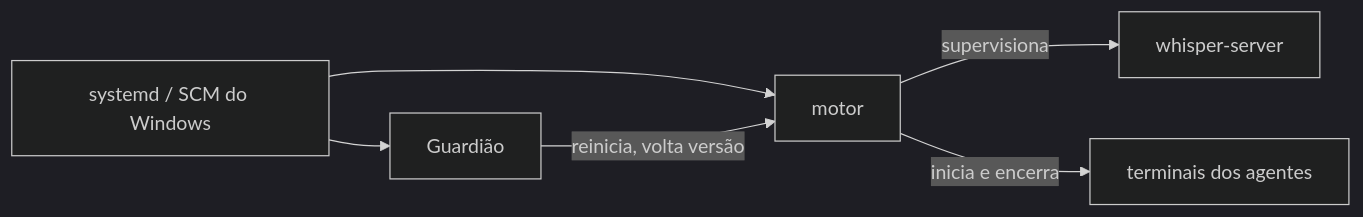
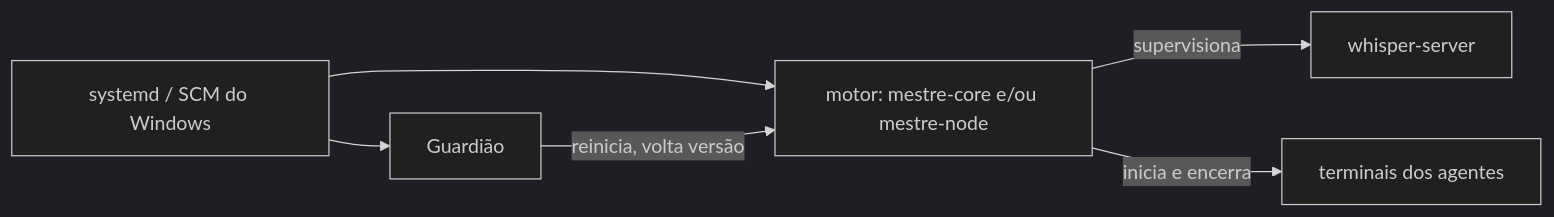
One commit to lucasndas/mestre changed the diagram in docs/arquitetura/componentes.md. Above: the diagram before and after it, drawn with Mermaid (dark theme). The commit also changed other lines of this file and 78 other files, not shown here.

````diff
--- a/docs/arquitetura/componentes.md
+++ b/docs/arquitetura/componentes.md
@@ -97,8 +98,8 @@
 ```mermaid
 flowchart LR
   SO[systemd / SCM do Windows] --> G[Guardião]
-  SO --> M[motor]
+  SO --> M[motor: mestre-core e/ou mestre-node]
   G -- reinicia, volta versão --> M
   M -- supervisiona --> W[whisper-server]
   M -- inicia e encerra --> T[terminais dos agentes]
 ```
````
